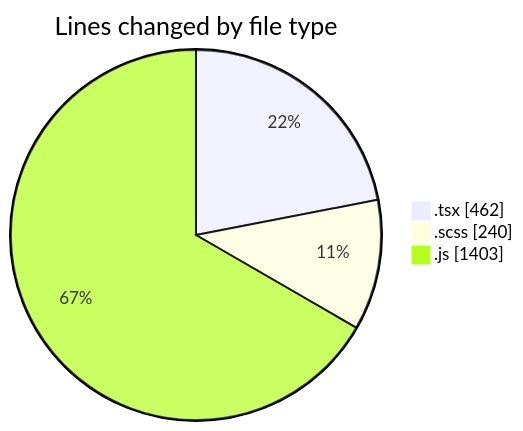
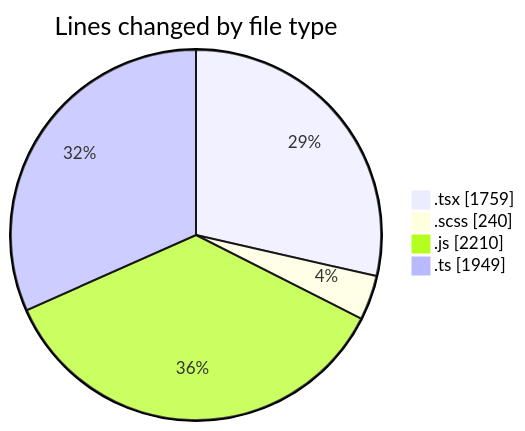
The first of 2 diagrams in 2026-06-17/cda/README.md (momahboobian/code-tracking), drawn with Mermaid before and after one commit. The commit also changed other lines of this file and 1 other file, not shown here.

````diff
--- a/2026-06-17/cda/README.md
+++ b/2026-06-17/cda/README.md
@@ -32,7 +49,8 @@
 ```mermaid
 pie showData
 title Lines changed by file type
-".tsx" : 462
+".tsx" : 1759
 ".scss" : 240
-".js" : 1403
+".js" : 2210
+".ts" : 1949
 ```
````
